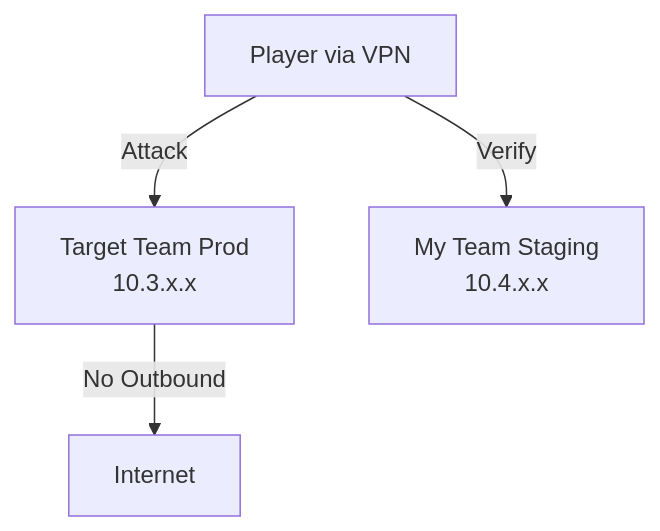
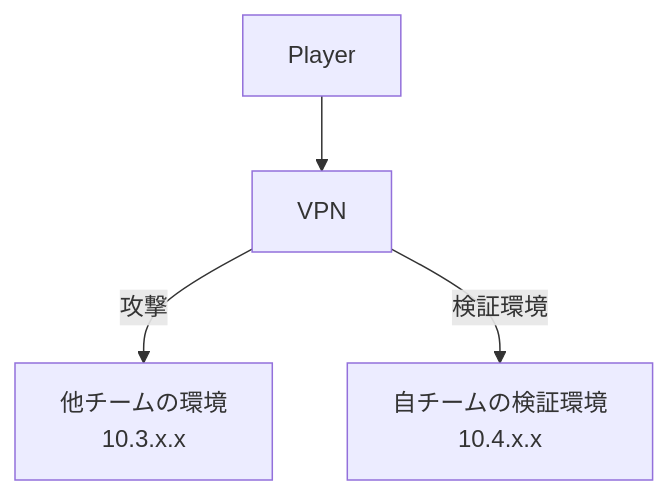
One commit to tyage/minicamp-osaka2026-ad changed the diagram in slides.md. Above: the diagram before and after it, drawn with Mermaid. The commit also changed other lines of this file and 14 other files, not shown here.

````diff
--- a/slides.md
+++ b/slides.md
@@ -244,6 +243,6 @@
 ```mermaid
 graph TD
-    Player[Player via VPN] --> |Attack| Prod[Target Team Prod<br>10.3.x.x]
-    Player --> |Verify| Staging[My Team Staging<br>10.4.x.x]
-    Prod --> |No Outbound| Internet[Internet]
+    Player[Player] --> VPN
+    VPN --> |攻撃| Prod[他チームの環境<br>10.3.x.x]
+    VPN --> |検証環境| Staging[自チームの検証環境<br>10.4.x.x]
 ```
````
